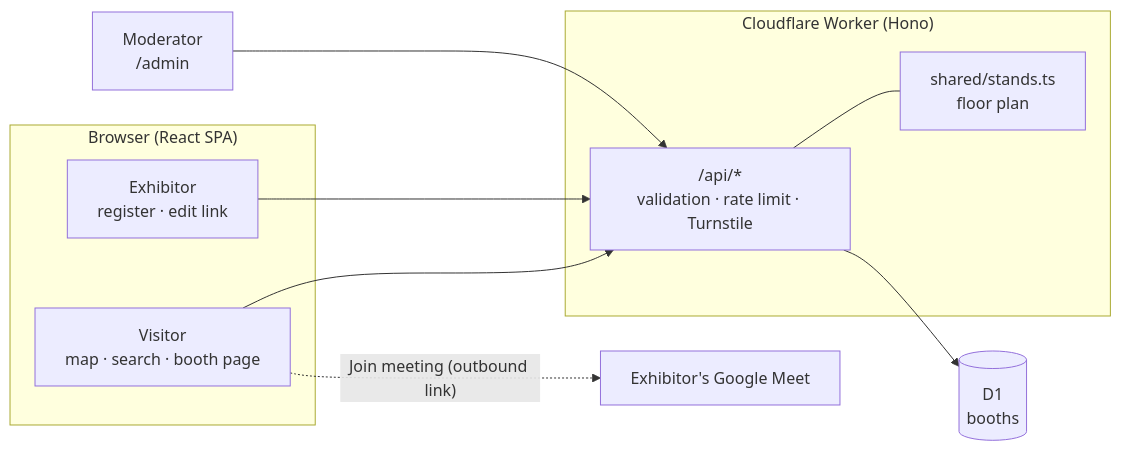
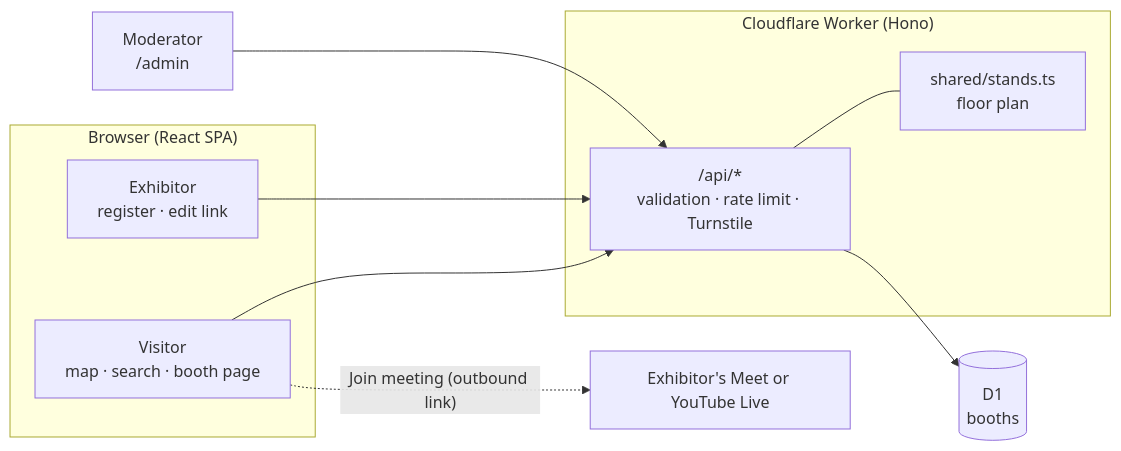
The first of 2 diagrams in README.md (isaquesena-lab/virtual-expo-mvp), drawn with Mermaid before and after one commit. The commit also changed other lines of this file and 14 other files, not shown here.

First line of the commit message:
Let exhibitors choose Google Meet or YouTube Live (#27)

````diff
--- a/README.md
+++ b/README.md
@@ -189,23 +189,23 @@
 ```mermaid
 flowchart LR
     subgraph Browser["Browser (React SPA)"]
         V["Visitor<br/>map · search · booth page"]
         X["Exhibitor<br/>register · edit link"]
     end
 
     subgraph Edge["Cloudflare Worker (Hono)"]
         API["/api/*<br/>validation · rate limit · Turnstile"]
         ST["shared/stands.ts<br/>floor plan"]
     end
 
     DB[("D1<br/>booths")]
     M["Moderator<br/>/admin"]
-    MEET["Exhibitor's Google Meet"]
+    MEET["Exhibitor's Meet or YouTube Live"]
 
     V --> API
     X --> API
     M --> API
     API --> DB
     API --- ST
     V -. "Join meeting (outbound link)" .-> MEET
 ```
````
